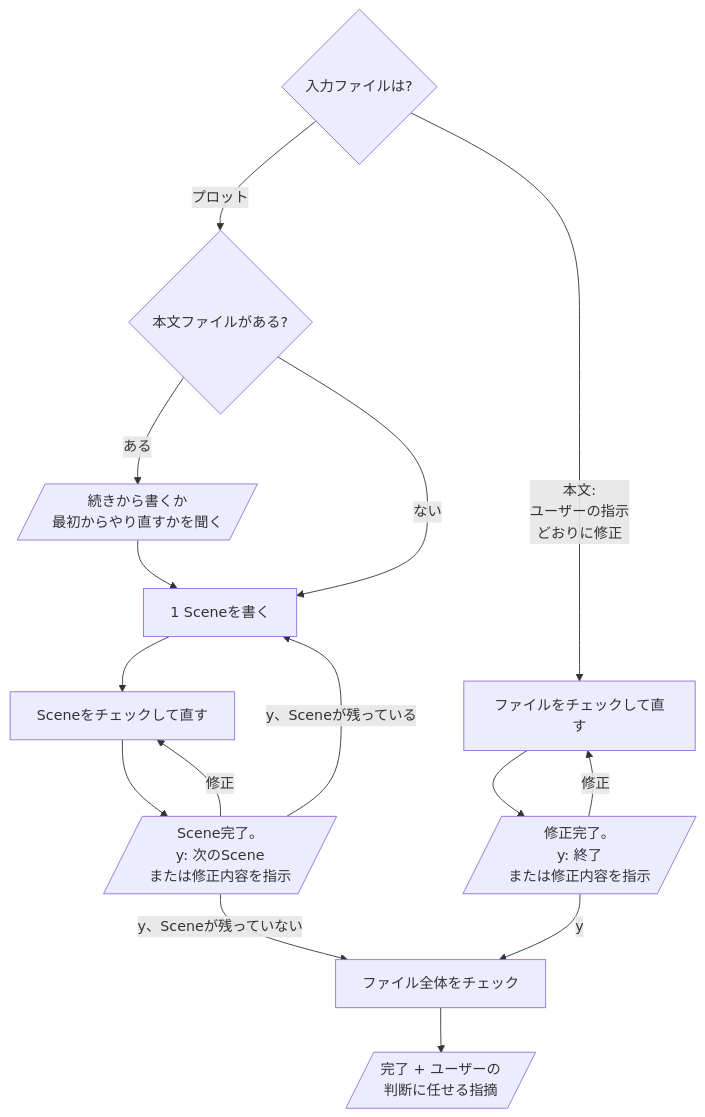
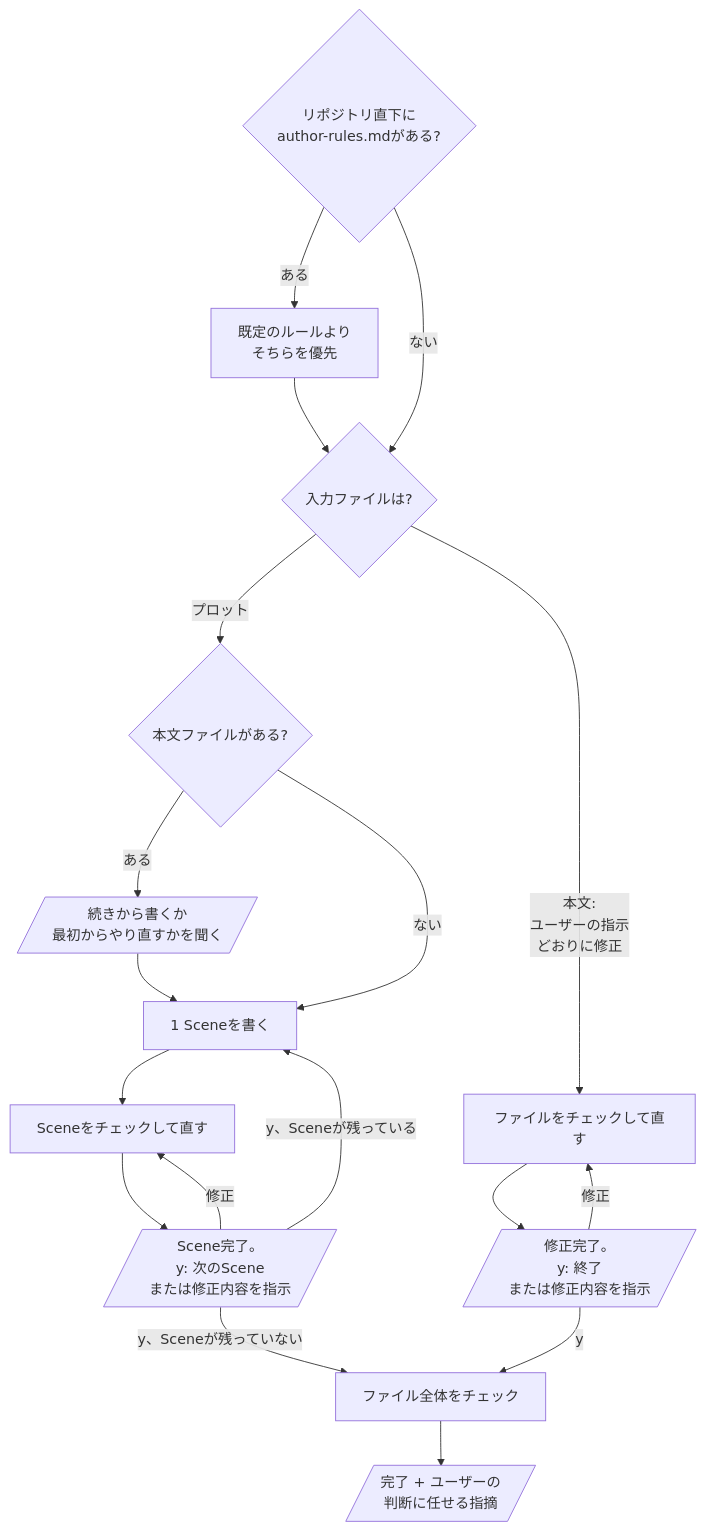
The diagram in domains/story/skills/write/README.ja.md (omni-stove/skill-kit), drawn with Mermaid before and after one commit. The commit also changed 28 other files, not shown here.

````diff
--- a/domains/story/skills/write/README.ja.md
+++ b/domains/story/skills/write/README.ja.md
@@ -3,18 +3,21 @@
 ```mermaid
 flowchart TD
-  input{入力ファイルは?}
+  author{リポジトリ直下に<br/>author-rules.mdがある?}
+  author -- "ある" --> override[既定のルールより<br/>そちらを優先]
+  author -- "ない" --> input
+  override --> input{入力ファイルは?}
   input -- "プロット" --> exists{本文ファイルがある?}
   exists -- "ある" --> ask[/続きから書くか<br/>最初からやり直すかを聞く/]
   exists -- "ない" --> write
   ask --> write[1 Sceneを書く]
   write --> check[Sceneをチェックして直す]
   check --> reply[/"Scene完了。<br/>y: 次のScene<br/>または修正内容を指示"/]
   reply -- "y、Sceneが残っている" --> write
   reply -- "y、Sceneが残っていない" --> final[ファイル全体をチェック]
   final --> done[/"完了 + ユーザーの<br/>判断に任せる指摘"/]
   reply -- "修正" --> check
   input -- "本文:<br/>ユーザーの指示<br/>どおりに修正" --> rcheck[ファイルをチェックして直す]
   rcheck --> rreply[/"修正完了。<br/>y: 終了<br/>または修正内容を指示"/]
   rreply -- "y" --> final
   rreply -- "修正" --> rcheck
 ```
````
